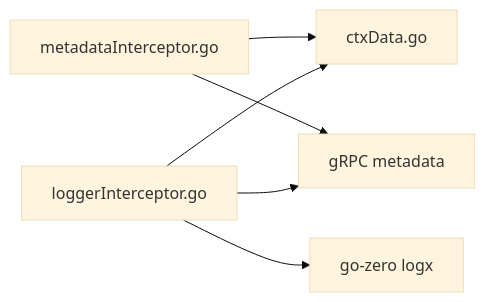
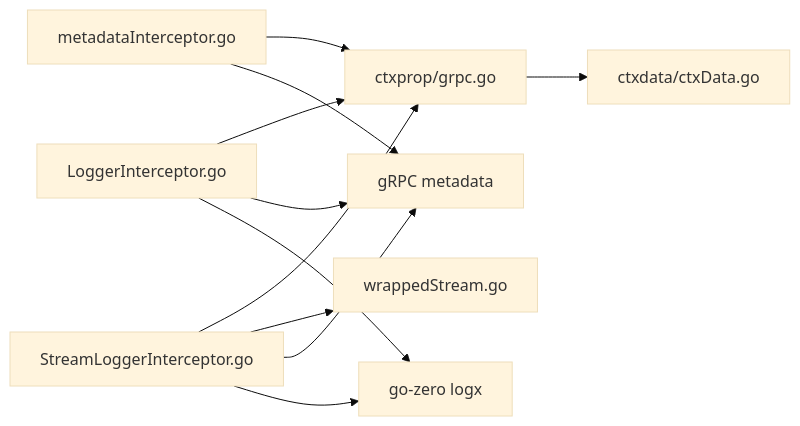
The sixth of 6 diagrams in .qoder/repowiki/zh/content/系统架构设计/服务通信机制/gRPC高性能RPC通信/gRPC拦截器实现.md (maomao94/zero-service), drawn with Mermaid (base theme) before and after one commit. The commit also changed other lines of this file and 19 other files, not shown here.

````diff
--- a/.qoder/repowiki/zh/content/系统架构设计/服务通信机制/gRPC高性能RPC通信/gRPC拦截器实现.md
+++ b/.qoder/repowiki/zh/content/系统架构设计/服务通信机制/gRPC高性能RPC通信/gRPC拦截器实现.md
@@ -215,8 +315,13 @@
 ```mermaid
 graph LR
-MD["metadataInterceptor.go"] --> CTX["ctxData.go"]
-LOG["loggerInterceptor.go"] --> CTX
+MD["metadataInterceptor.go"] --> CTXPROP["ctxprop/grpc.go"]
+LOG["LoggerInterceptor.go"] --> CTXPROP
+STREAM["StreamLoggerInterceptor.go"] --> CTXPROP
+STREAM --> WSS["wrappedStream.go"]
+CTXPROP --> CTXDATA["ctxdata/ctxData.go"]
 MD --> GRPC["gRPC metadata"]
 LOG --> GRPC
+STREAM --> GRPC
 LOG --> LOGX["go-zero logx"]
+STREAM --> LOGX
 ```
````
